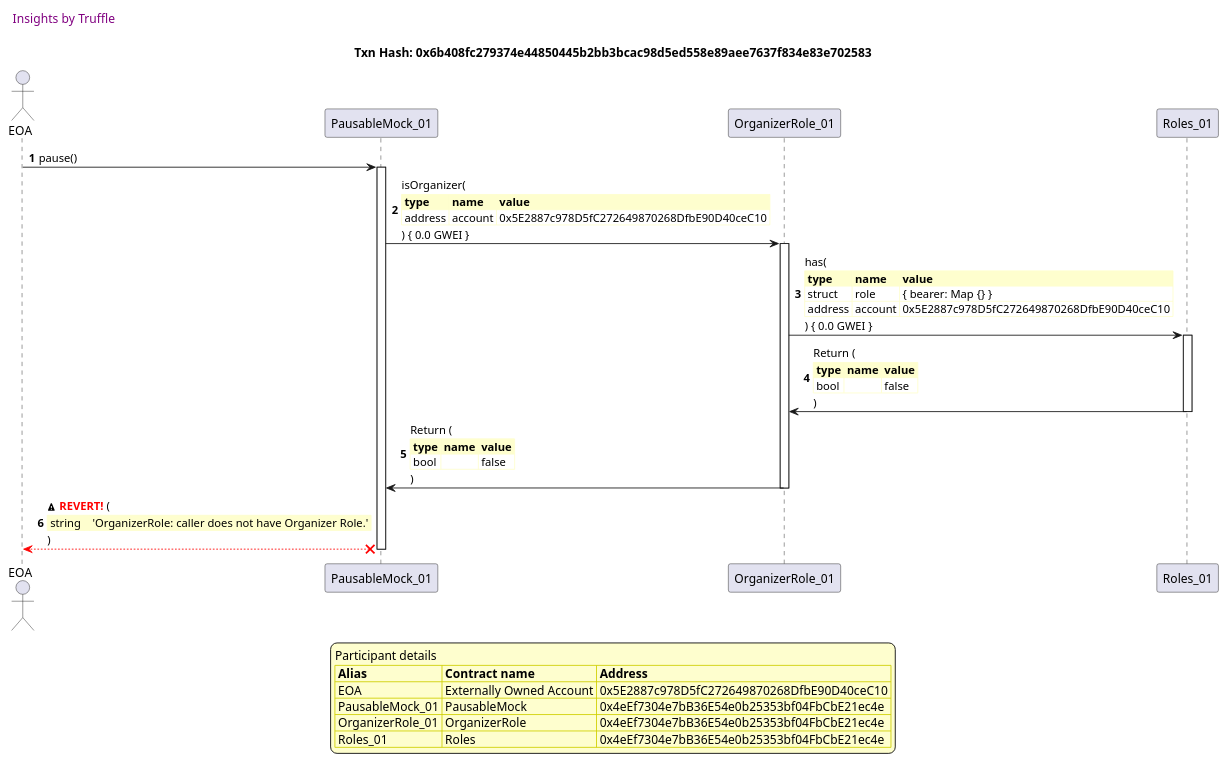
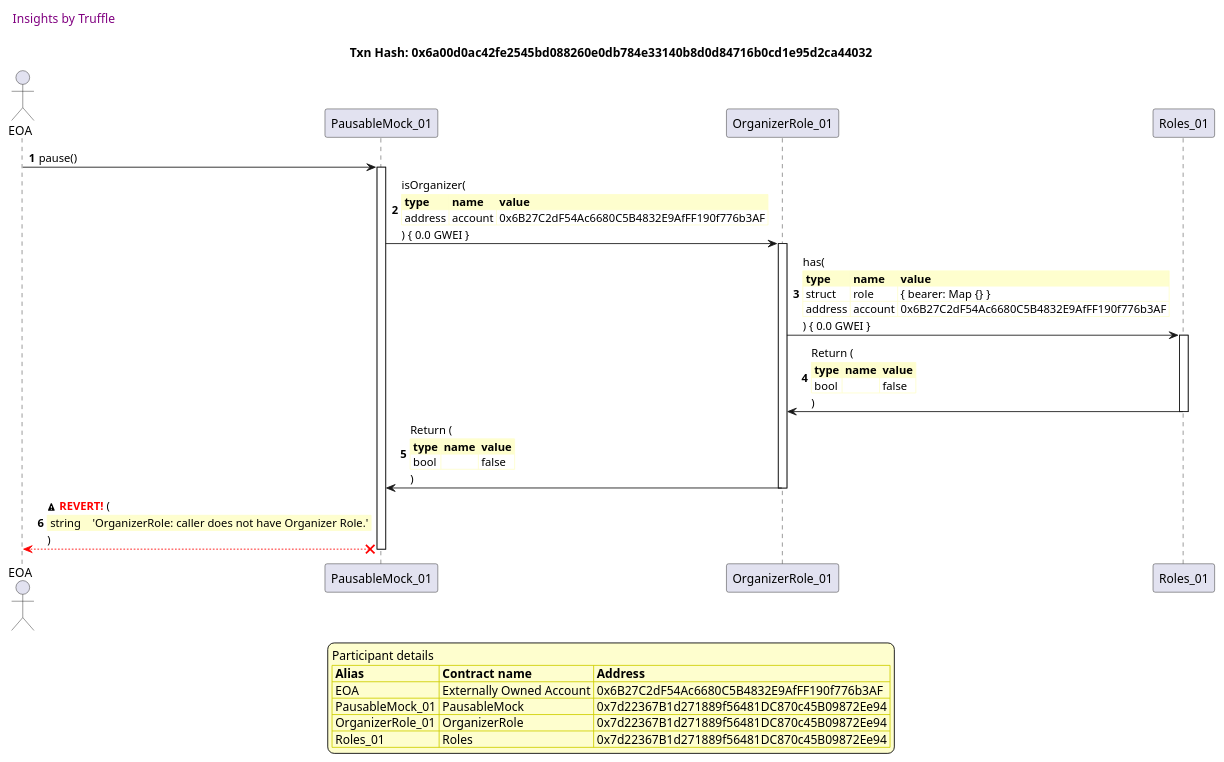
The seventh of 12 diagrams in truffle-seq/lifecycle_pausable.md (fodisi/hackapay), drawn with PlantUML before and after one commit. The commit also changed other lines of this file and 10 other files, not shown here.

````diff
--- a/truffle-seq/lifecycle_pausable.md
+++ b/truffle-seq/lifecycle_pausable.md
@@ -386,61 +385,61 @@
 ```plantuml
 
 
 @startuml
 
 autonumber
 skinparam legendBackgroundColor #FEFECE
 
 <style>
       header {
         HorizontalAlignment left
         FontColor purple
         FontSize 14
         Padding 10
       }
     </style>
 
 header Insights by Truffle
 
-title Txn Hash: 0x6b408fc279374e44850445b2bb3bcac98d5ed558e89aee7637f834e83e702583
+title Txn Hash: 0x6a00d0ac42fe2545bd088260e0db784e33140b8d0d84716b0cd1e95d2ca44032
 
 
 actor EOA as "EOA"
 participant PausableMock_01 as "PausableMock_01"
 participant OrganizerRole_01 as "OrganizerRole_01"
 participant Roles_01 as "Roles_01"
 
 "EOA" -> "PausableMock_01" ++: pause()
 "PausableMock_01" -> "OrganizerRole_01" ++: isOrganizer(\n\
 <#FEFECE,#FEFECE>|= type |= name |= value |\n\
-| address | account | 0x5E2887c978D5fC272649870268DfbE90D40ceC10 |\n\
+| address | account | 0x6B27C2dF54Ac6680C5B4832E9AfFF190f776b3AF |\n\
 ) { 0.0 GWEI }
 "OrganizerRole_01" -> "Roles_01" ++: has(\n\
 <#FEFECE,#FEFECE>|= type |= name |= value |\n\
 | struct | role | { bearer: Map {} } |\n\
-| address | account | 0x5E2887c978D5fC272649870268DfbE90D40ceC10 |\n\
+| address | account | 0x6B27C2dF54Ac6680C5B4832E9AfFF190f776b3AF |\n\
 ) { 0.0 GWEI }
 "Roles_01" -> "OrganizerRole_01" --: Return (\n\
 <#FEFECE,#FEFECE>|= type |= name |= value |\n\
 | bool |  | false |\n\
 )
 "OrganizerRole_01" -> "PausableMock_01" --: Return (\n\
 <#FEFECE,#FEFECE>|= type |= name |= value |\n\
 | bool |  | false |\n\
 )
 "PausableMock_01" x-[#red]-> "EOA" --: <&warning> <color #red>**REVERT!**</color> (\n\
 <#FEFECE,#FEFECE>| string |  | 'OrganizerRole: caller does not have Organizer Role.' |\n\
 )
 deactivate "PausableMock_01"
 
 legend
 Participant details
 <#FEFECE,#D0D000>|= Alias |= Contract name |= Address |
-<#FEFECE>| EOA | Externally Owned Account | 0x5E2887c978D5fC272649870268DfbE90D40ceC10 |
-<#FEFECE>| PausableMock_01 | PausableMock | 0x4eEf7304e7bB36E54e0b25353bf04FbCbE21ec4e |
-<#FEFECE>| OrganizerRole_01 | OrganizerRole | 0x4eEf7304e7bB36E54e0b25353bf04FbCbE21ec4e |
-<#FEFECE>| Roles_01 | Roles | 0x4eEf7304e7bB36E54e0b25353bf04FbCbE21ec4e |
+<#FEFECE>| EOA | Externally Owned Account | 0x6B27C2dF54Ac6680C5B4832E9AfFF190f776b3AF |
+<#FEFECE>| PausableMock_01 | PausableMock | 0x7d22367B1d271889f56481DC870c45B09872Ee94 |
+<#FEFECE>| OrganizerRole_01 | OrganizerRole | 0x7d22367B1d271889f56481DC870c45B09872Ee94 |
+<#FEFECE>| Roles_01 | Roles | 0x7d22367B1d271889f56481DC870c45B09872Ee94 |
 endlegend
 
 @enduml
 ```
````
